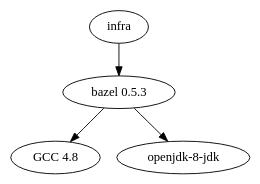
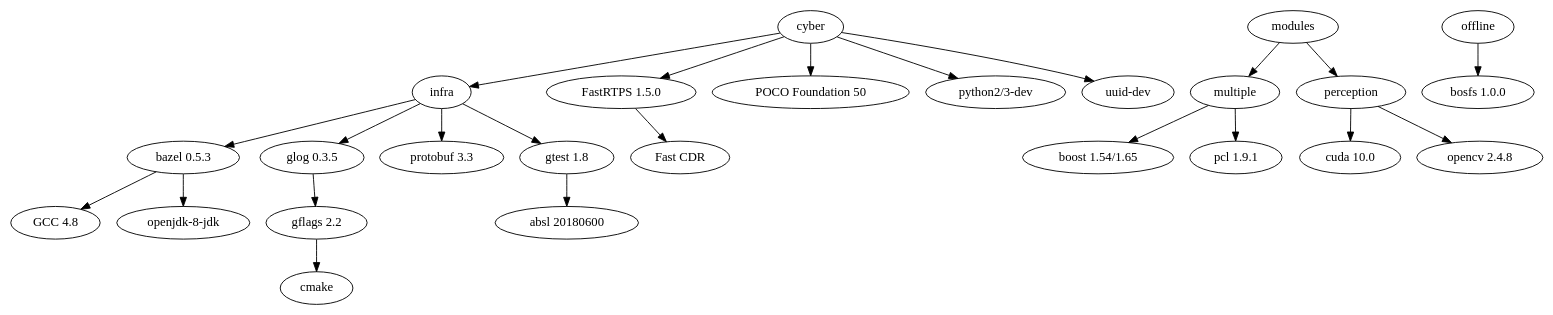
One commit to ApolloAuto/apollo changed the diagram in docker/build/dependencies.dot. Above: the diagram before and after it, drawn with Graphviz.

Commit message:
Docker: Add more entries to dependencies.dot.

```diff
--- a/docker/build/dependencies.dot
+++ b/docker/build/dependencies.dot
@@ -1,4 +1,22 @@
 digraph {
-  "infra" -> "bazel 0.5.3" -> "GCC 4.8";
+  "infra" -> "bazel 0.5.3";
+  "bazel 0.5.3" -> "GCC 4.8";
   "bazel 0.5.3" -> "openjdk-8-jdk";
+  "infra" -> "glog 0.3.5" -> "gflags 2.2" -> "cmake";
+  "infra" -> "protobuf 3.3";
+  "infra" -> "gtest 1.8" -> "absl 20180600";
+
+  "cyber" -> "infra";
+  "cyber" -> "FastRTPS 1.5.0" -> "Fast CDR";
+  "cyber" -> "POCO Foundation 50";
+  "cyber" -> "python2/3-dev";
+  "cyber" -> "uuid-dev";
+
+  "modules" -> "multiple" -> "boost 1.54/1.65";
+  "multiple" -> "pcl 1.9.1";
+
+  "modules" -> "perception" -> "cuda 10.0";
+  "perception" -> "opencv 2.4.8";
+
+  "offline" -> "bosfs 1.0.0";
 }
```
